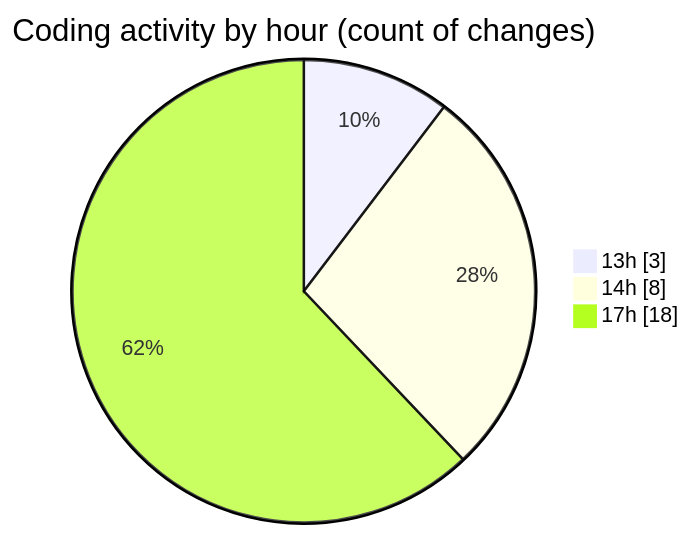
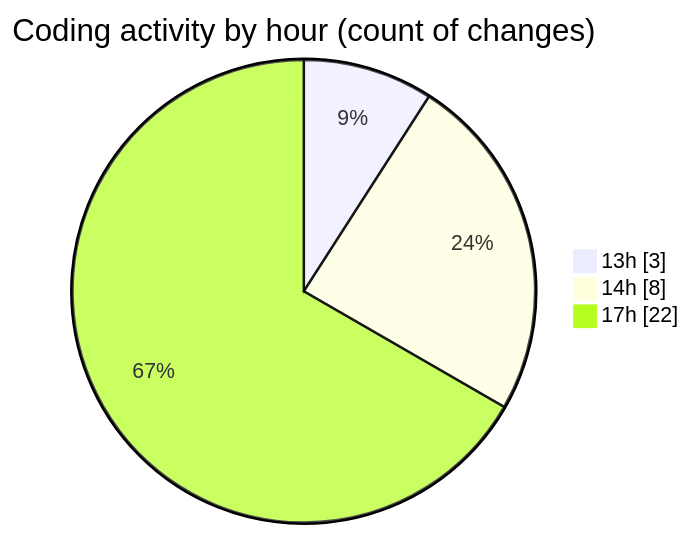
One commit to NitaiMahat/code-tracking changed the second of 2 diagrams in 2025-02-04/recipe-page-main/README.md. Above: the diagram before and after it, drawn with Mermaid. The commit also changed other lines of this file and 1 other file, not shown here.

````diff
--- a/2025-02-04/recipe-page-main/README.md
+++ b/2025-02-04/recipe-page-main/README.md
@@ -30,7 +30,7 @@
 ```mermaid
 pie showData
 title Coding activity by hour (count of changes)
 "13h" : 3
 "14h" : 8
-"17h" : 18
+"17h" : 22
 ```
````
